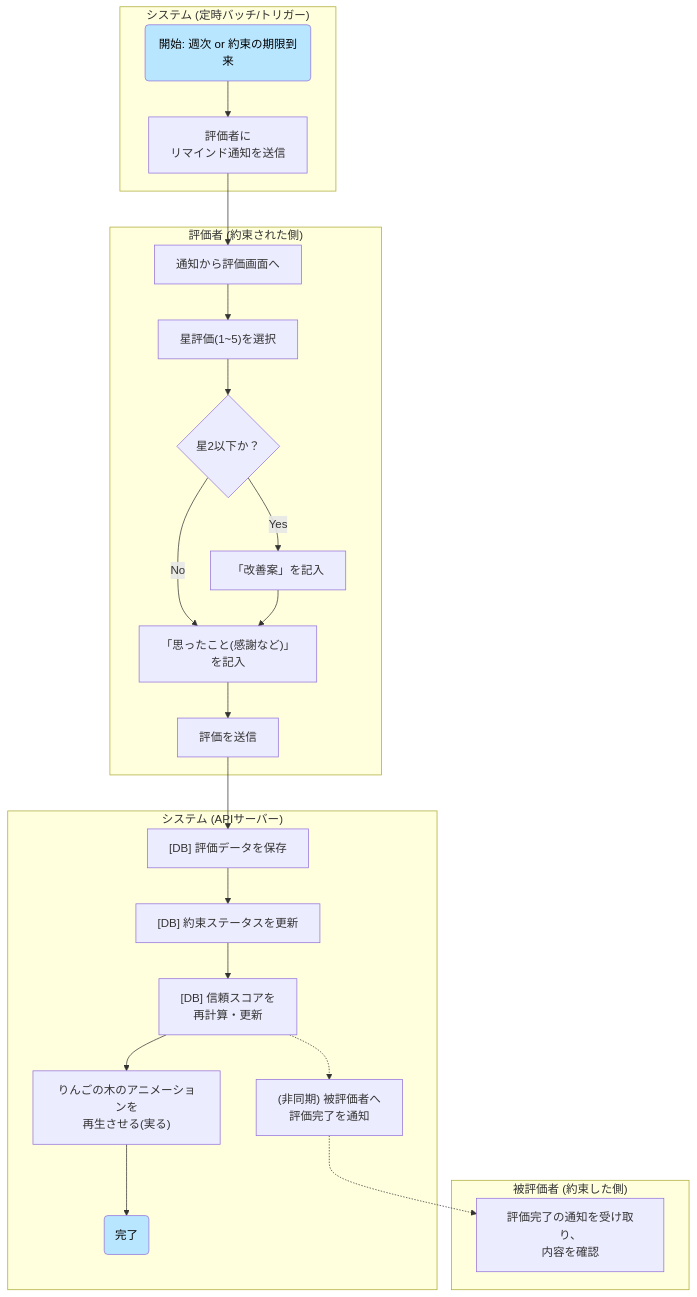
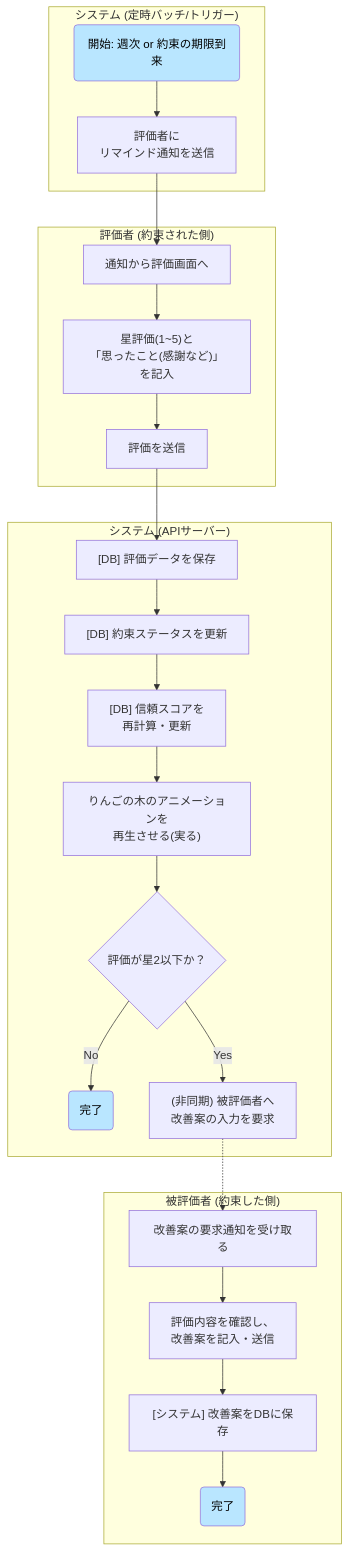
The third of 8 diagrams in documents/design.md (compile425/yubikirigennmann), drawn with Mermaid before and after one commit. The commit also changed other lines of this file, not shown here.

````diff
--- a/documents/design.md
+++ b/documents/design.md
@@ -64,30 +64,33 @@
 ```mermaid
 
 graph TD
     subgraph "システム (定時バッチ/トリガー)"
         T1("開始: 週次 or 約束の期限到来") --> T2["評価者に<br>リマインド通知を送信"]
     end
 
     subgraph "評価者 (約束された側)"
         T2 --> U1["通知から評価画面へ"]
-        U1 --> U2["星評価(1~5)を選択"]
-        U2 --> D1{"星2以下か？"}
-        D1 -- No --> U4["「思ったこと(感謝など)」<br>を記入"]
-        D1 -- Yes --> U3["「改善案」を記入"] --> U4
-        U4 --> U5["評価を送信"]
+        U1 --> U2["星評価(1~5)と<br>「思ったこと(感謝など)」を記入"]
+        U2 --> U5["評価を送信"]
     end
 
     subgraph "システム (APIサーバー)"
-        U5 --> S1["[DB] 評価データを保存"] --> S2["[DB] 約束ステータスを更新"] --> S3["[DB] 信頼スコアを<br>再計算・更新"]
+        U5 --> S1["[DB] 評価データを保存"]
+        S1 --> S2["[DB] 約束ステータスを更新"]
+        S2 --> S3["[DB] 信頼スコアを<br>再計算・更新"]
         S3 --> S4["りんごの木のアニメーションを<br>再生させる(実る)"]
-        S3 -.-> S5["(非同期) 被評価者へ<br>評価完了を通知"]
-        S4 --> C1("完了")
+        S4 --> D1{"評価が星2以下か？"}
+        D1 -- No --> C1("完了")
+        D1 -- Yes --> S5["(非同期) 被評価者へ<br>改善案の入力を要求"]
     end
 
     subgraph "被評価者 (約束した側)"
-        S5 -.-> E1["評価完了の通知を受け取り、<br>内容を確認"]
+        S5 -.-> E1["改善案の要求通知を受け取る"]
+        E1 --> E2["評価内容を確認し、<br>改善案を記入・送信"]
+        E2 --> E3["[システム] 改善案をDBに保存"] --> E4("完了")
     end
 
     style T1 fill:#B9E6FF,color:#000
     style C1 fill:#B9E6FF,color:#000
+    style E4 fill:#B9E6FF,color:#000
 ```
````
